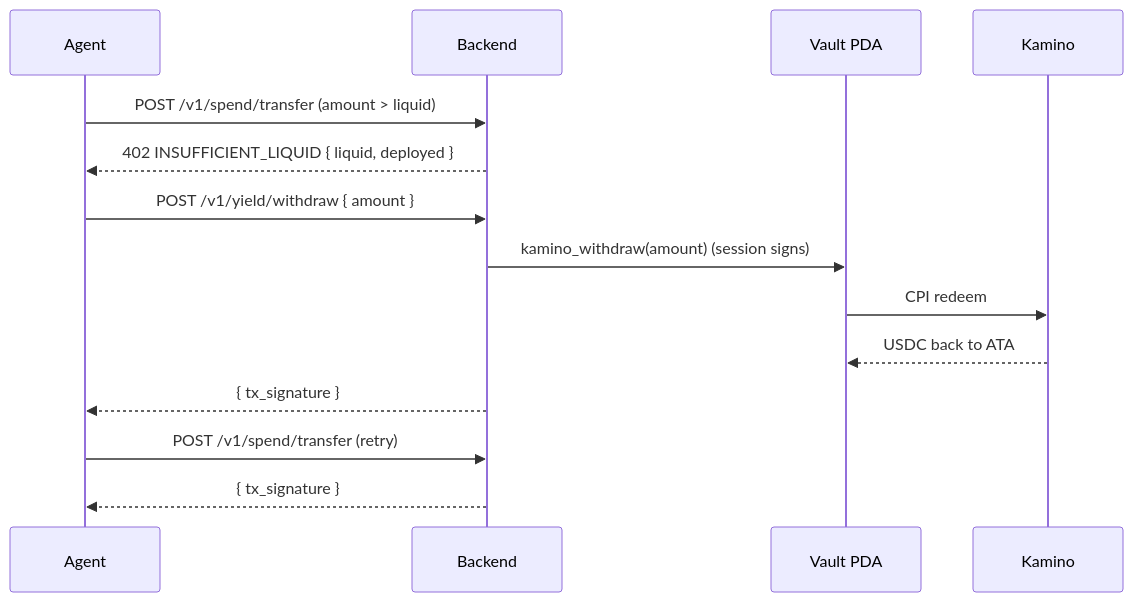
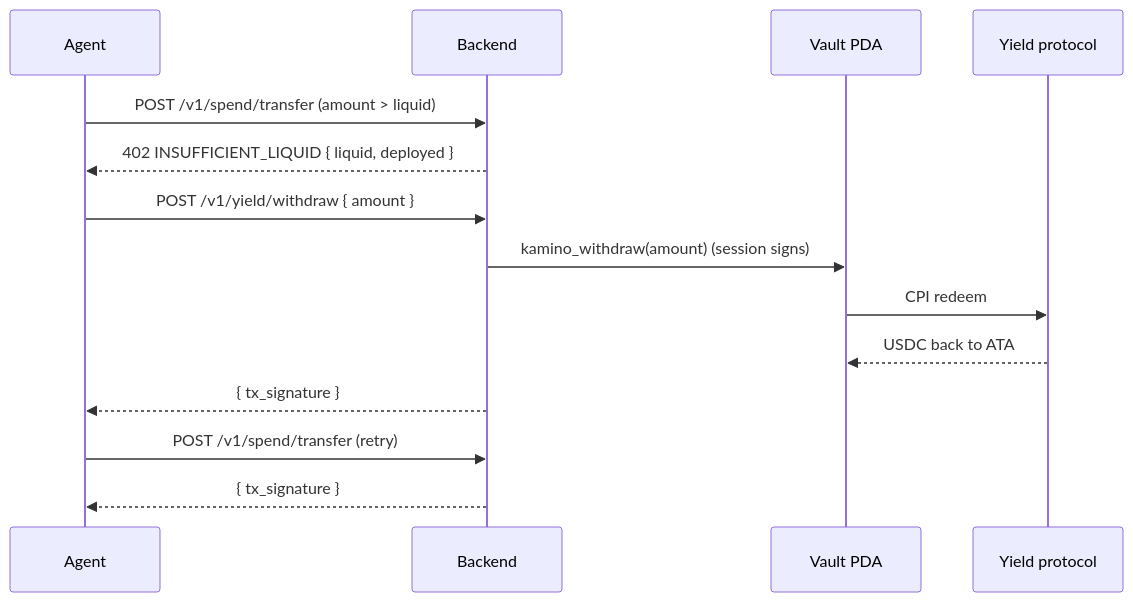
One commit to manjeetsharma0796/klink changed the diagram in gitbook/concepts/yield.md. Above: the diagram before and after it, drawn with Mermaid. The commit also changed other lines of this file and 25 other files, not shown here.

````diff
--- a/gitbook/concepts/yield.md
+++ b/gitbook/concepts/yield.md
@@ -46,17 +46,17 @@
 ```mermaid
 sequenceDiagram
     participant Agent
     participant Backend
     participant Vault as Vault PDA
-    participant Kamino
+    participant YieldProto as Yield protocol
 
     Agent->>Backend: POST /v1/spend/transfer (amount > liquid)
     Backend-->>Agent: 402 INSUFFICIENT_LIQUID { liquid, deployed }
     Agent->>Backend: POST /v1/yield/withdraw { amount }
     Backend->>Vault: kamino_withdraw(amount) (session signs)
-    Vault->>Kamino: CPI redeem
-    Kamino-->>Vault: USDC back to ATA
+    Vault->>YieldProto: CPI redeem
+    YieldProto-->>Vault: USDC back to ATA
     Backend-->>Agent: { tx_signature }
     Agent->>Backend: POST /v1/spend/transfer (retry)
     Backend-->>Agent: { tx_signature }
 ```
````
